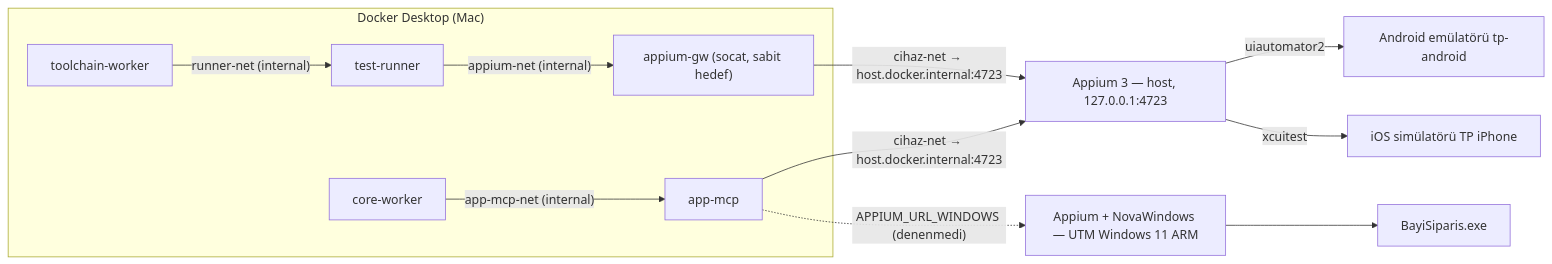
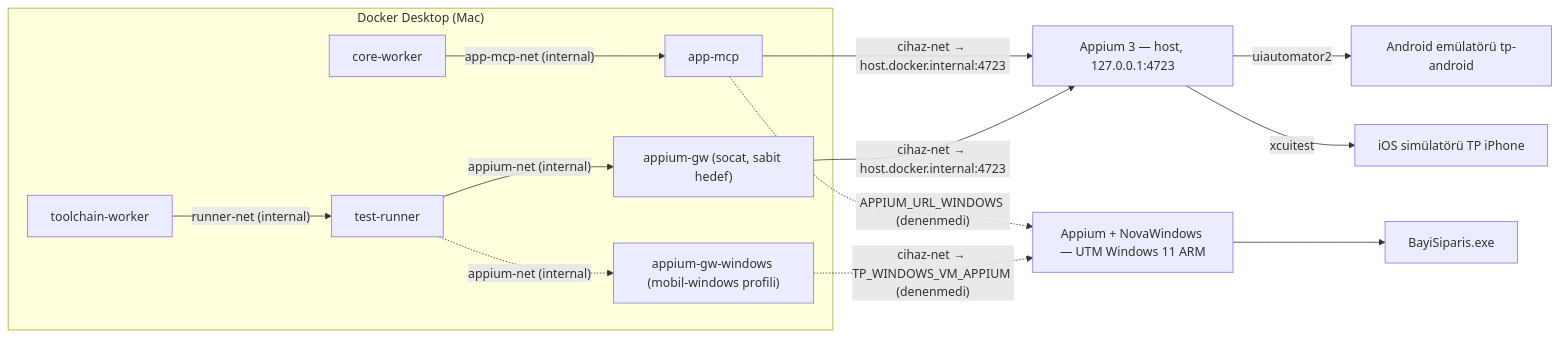
The diagram in docs/MOBIL-MASAUSTU.md (ThinkGOtr/testingprobe), drawn with Mermaid before and after one commit. The commit also changed other lines of this file and 21 other files, not shown here.

First line of the commit message:
009 Ş10: Windows dumanı, uygulama argümanı/çalışma dizini, appium-gw-windows, .env.example mobil bölümü

````diff
--- a/docs/MOBIL-MASAUSTU.md
+++ b/docs/MOBIL-MASAUSTU.md
@@ -164,14 +164,16 @@
 ```mermaid
 flowchart LR
   subgraph DD["Docker Desktop (Mac)"]
     CW["core-worker"] -->|"app-mcp-net (internal)"| AM["app-mcp"]
     TW["toolchain-worker"] -->|"runner-net (internal)"| TR["test-runner"]
     TR -->|"appium-net (internal)"| GW["appium-gw (socat, sabit hedef)"]
+    TR -.->|"appium-net (internal)"| GWW["appium-gw-windows (mobil-windows profili)"]
   end
   AM -->|"cihaz-net → host.docker.internal:4723"| AP["Appium 3 — host, 127.0.0.1:4723"]
   GW -->|"cihaz-net → host.docker.internal:4723"| AP
   AP -->|uiautomator2| EMU["Android emülatörü tp-android"]
   AP -->|xcuitest| SIM["iOS simülatörü TP iPhone"]
   AM -.->|"APPIUM_URL_WINDOWS (denenmedi)"| WAP["Appium + NovaWindows — UTM Windows 11 ARM"]
+  GWW -.->|"cihaz-net → TP_WINDOWS_VM_APPIUM (denenmedi)"| WAP
   WAP --> EXE["BayiSiparis.exe"]
 ```
````
